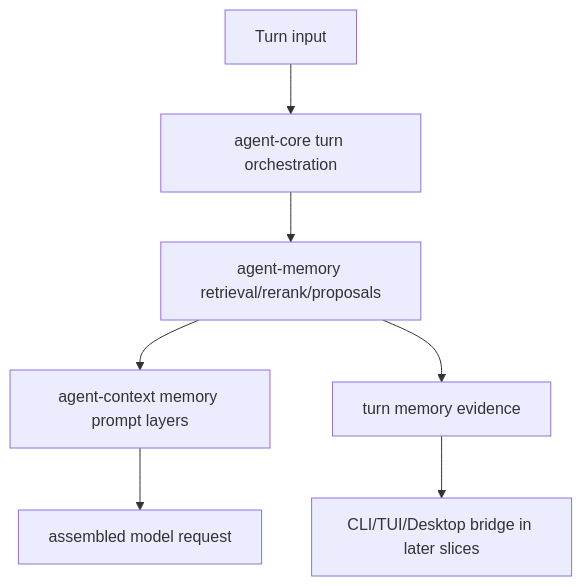
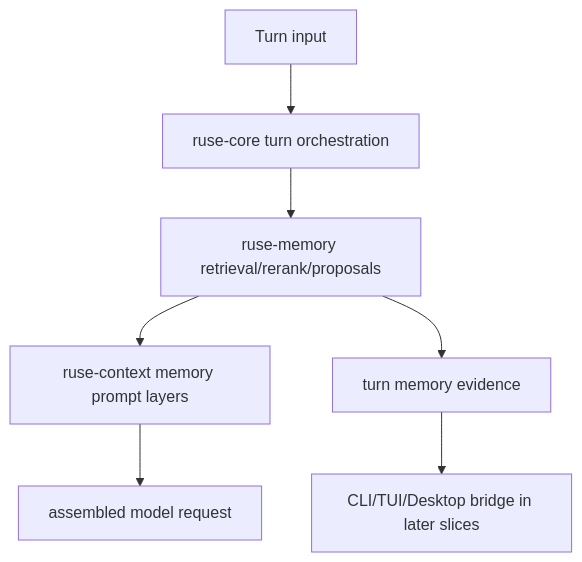
One commit to poneding/agent changed the diagram in docs/specs/M64-03-runtime-memory-influence-proposals.spec.md. Above: the diagram before and after it, drawn with Mermaid. The commit also changed other lines of this file and 2091 other files, not shown here.

First line of the commit message:
refactor: rename agent branding to ruse

````diff
--- a/docs/specs/M64-03-runtime-memory-influence-proposals.spec.md
+++ b/docs/specs/M64-03-runtime-memory-influence-proposals.spec.md
@@ -34,9 +34,9 @@
 ```mermaid
 flowchart TD
-  Input["Turn input"] --> Core["agent-core turn orchestration"]
-  Core --> Memory["agent-memory retrieval/rerank/proposals"]
-  Memory --> Context["agent-context memory prompt layers"]
+  Input["Turn input"] --> Core["ruse-core turn orchestration"]
+  Core --> Memory["ruse-memory retrieval/rerank/proposals"]
+  Memory --> Context["ruse-context memory prompt layers"]
   Context --> Prompt["assembled model request"]
   Memory --> Evidence["turn memory evidence"]
   Evidence --> LaterUI["CLI/TUI/Desktop bridge in later slices"]
 ```
````
